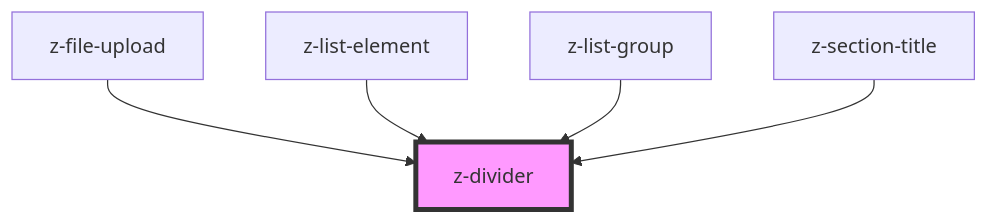
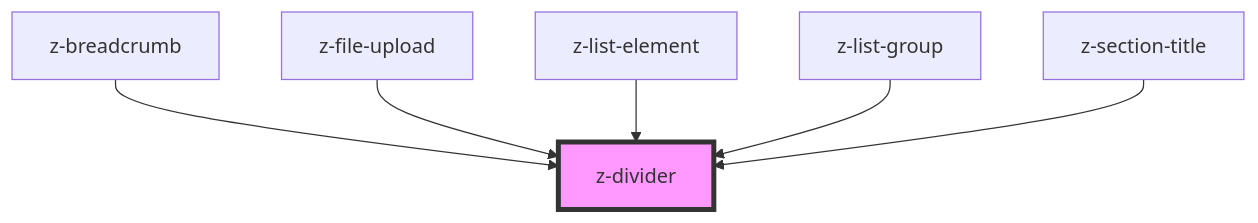
Before and after one commit to ZanichelliEditore/design-system: the diagram in src/components/z-divider/readme.md, drawn with Mermaid. The commit also changed other lines of this file and 2 other files, not shown here.

Commit message:
fix: removed unused type

````diff
--- a/src/components/z-divider/readme.md
+++ b/src/components/z-divider/readme.md
@@ -25,8 +26,9 @@
 ```mermaid
 graph TD;
+  z-breadcrumb --> z-divider
   z-file-upload --> z-divider
   z-list-element --> z-divider
   z-list-group --> z-divider
   z-section-title --> z-divider
   style z-divider fill:#f9f,stroke:#333,stroke-width:4px
 ```
````
